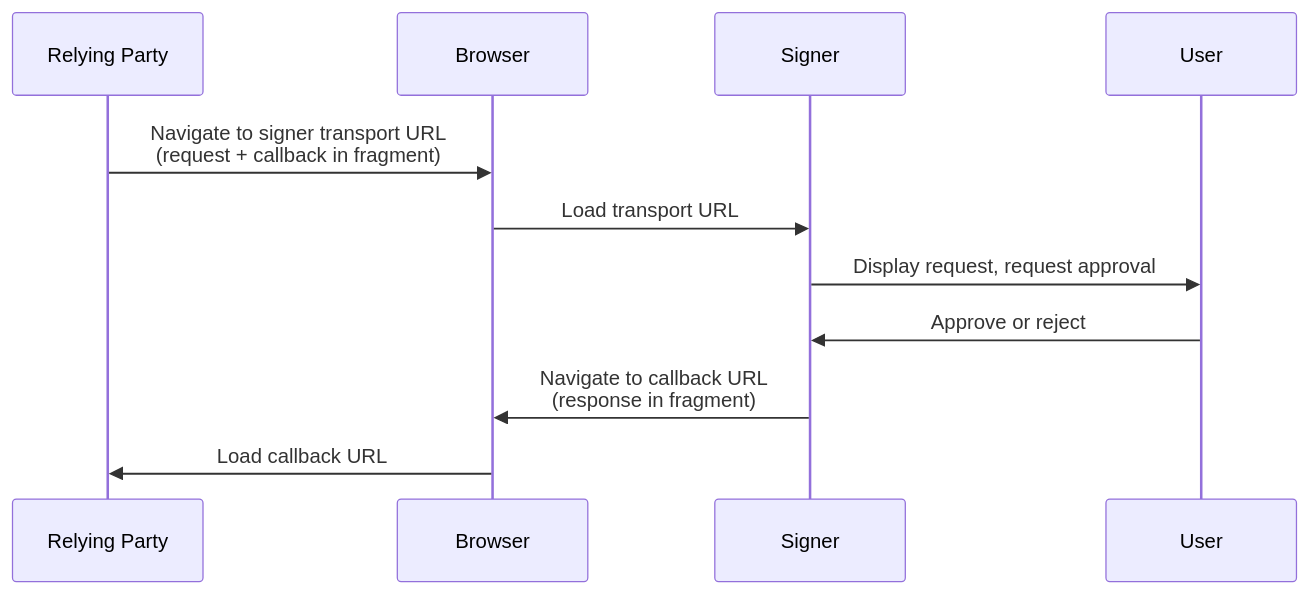
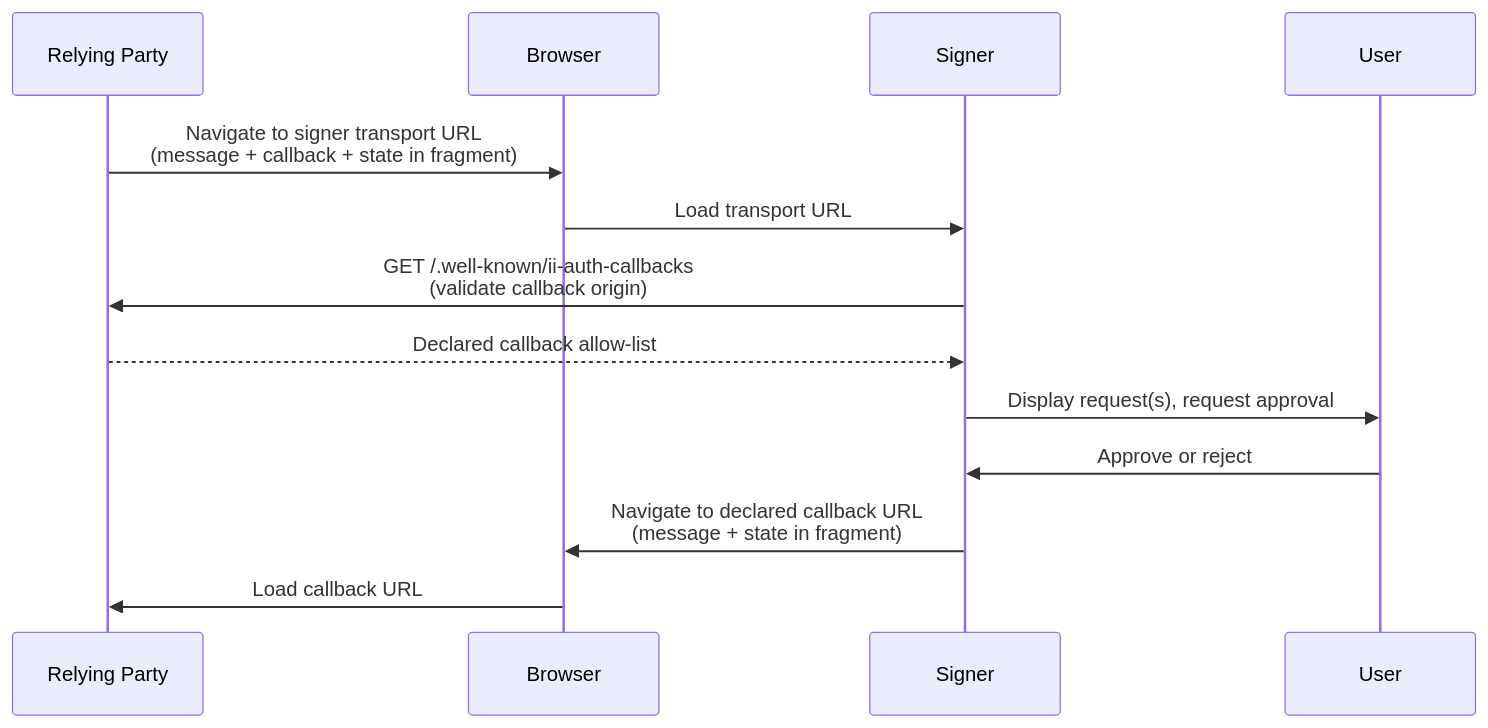
Before and after one commit to dfinity/wg-identity-authentication: the diagram in topics/icrc_167_browser_url_transport.md, drawn with Mermaid. The commit also changed other lines of this file, not shown here.

First line of the commit message:
Harden ICRC-167: verified deep links, batch, callback allow-list

````diff
--- a/topics/icrc_167_browser_url_transport.md
+++ b/topics/icrc_167_browser_url_transport.md
@@ -94,14 +112,16 @@
 ```mermaid
 sequenceDiagram
     participant RP as Relying Party
     participant B as Browser
     participant S as Signer
     participant U as User
 
-    RP ->> B: Navigate to signer transport URL<br>(request + callback in fragment)
+    RP ->> B: Navigate to signer transport URL<br>(message + callback + state in fragment)
     B ->> S: Load transport URL
-    S ->> U: Display request, request approval
+    S ->> RP: GET /.well-known/ii-auth-callbacks<br>(validate callback origin)
+    RP -->> S: Declared callback allow-list
+    S ->> U: Display request(s), request approval
     U ->> S: Approve or reject
-    S ->> B: Navigate to callback URL<br>(response in fragment)
+    S ->> B: Navigate to declared callback URL<br>(message + state in fragment)
     B ->> RP: Load callback URL
 ```
````
